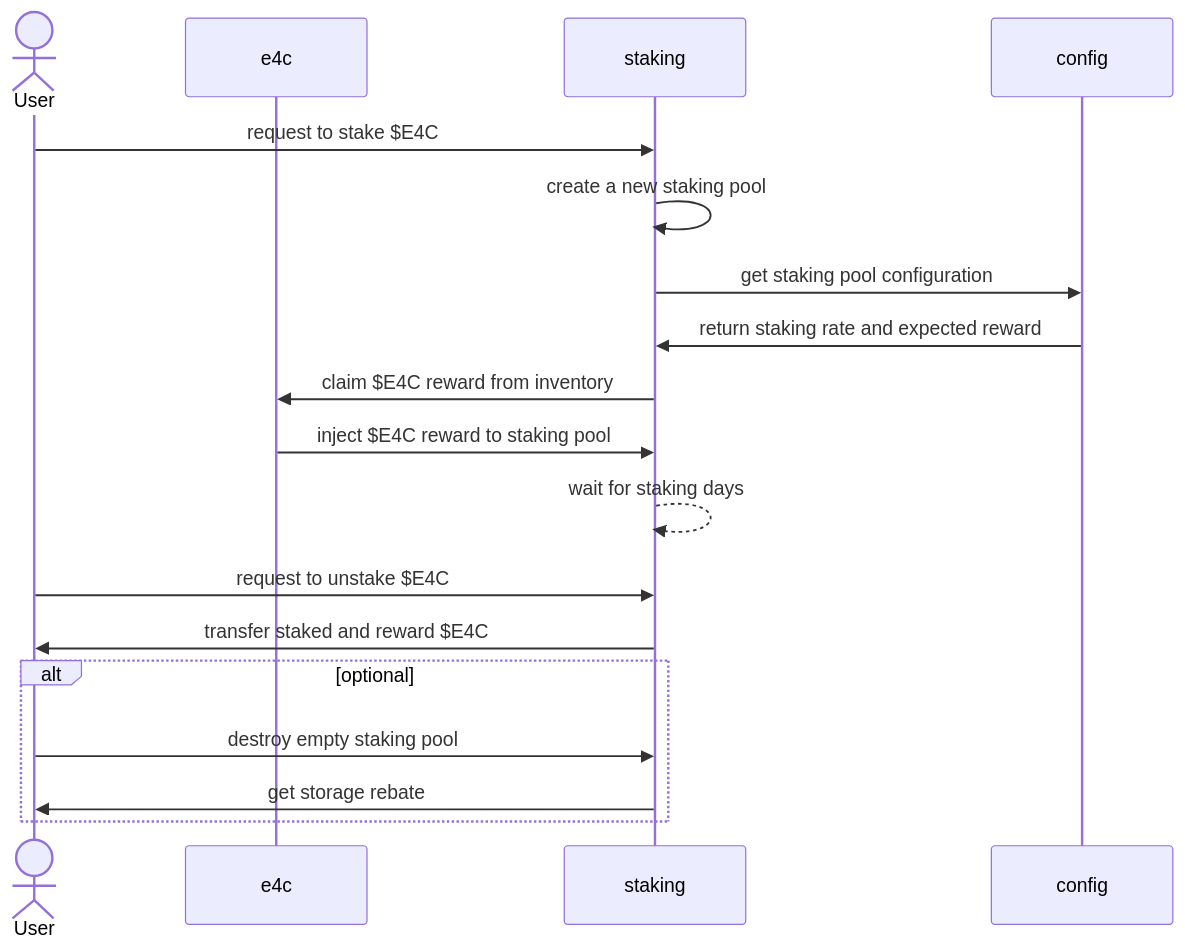
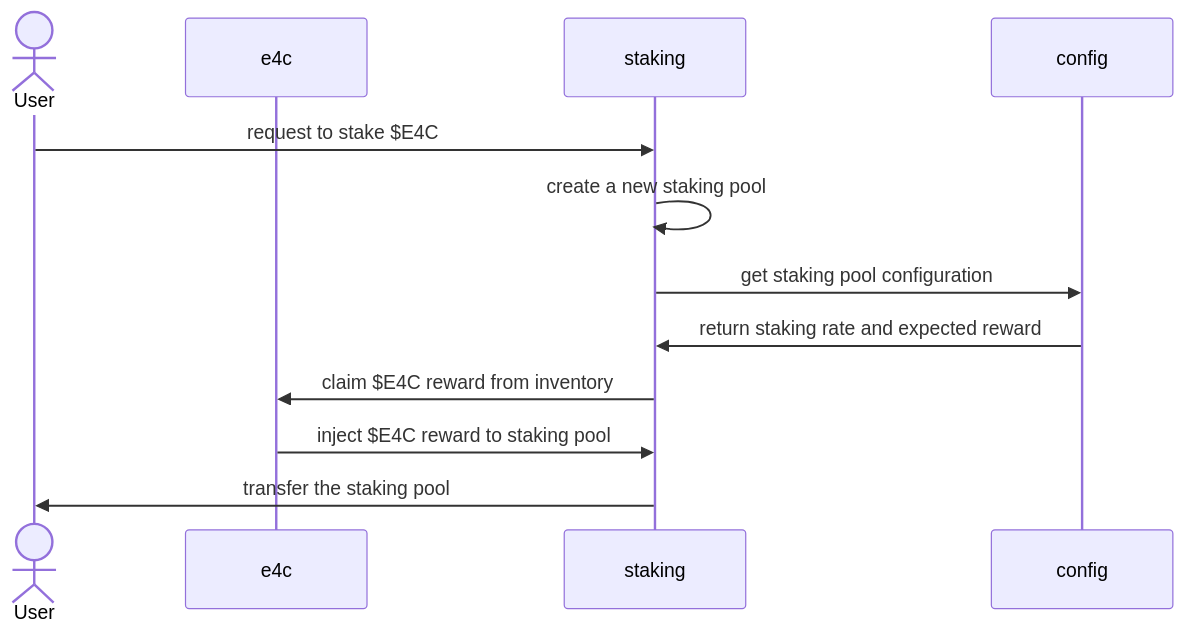
The second of 4 diagrams in README.md (z330789559/e4c), drawn with Mermaid before and after one commit. The commit also changed other lines of this file, not shown here.

Commit message:
docs: update sequence diagrams

````diff
--- a/README.md
+++ b/README.md
@@ -123,20 +44,14 @@
 ```mermaid
 sequenceDiagram
     actor U as User
     participant e4c
     participant staking
     participant config
     U ->> staking: request to stake $E4C
     staking ->> staking: create a new staking pool
     staking ->> config: get staking pool configuration
     config ->> staking: return staking rate and expected reward
     staking ->> e4c: claim $E4C reward from inventory
     e4c ->> staking: inject $E4C reward to staking pool
-    staking -->> staking: wait for staking days
-    U ->> staking: request to unstake $E4C
-    staking ->> U: transfer staked and reward $E4C
-    alt optional
-        U ->> staking: destroy empty staking pool
-        staking ->> U: get storage rebate
-    end
+    staking ->> U: transfer the staking pool
 ```
````
